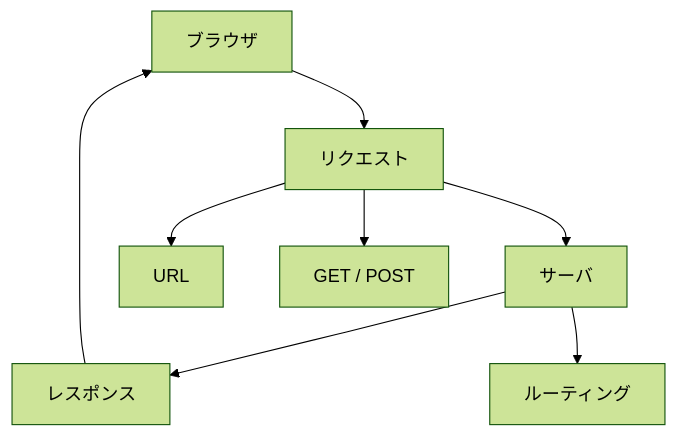
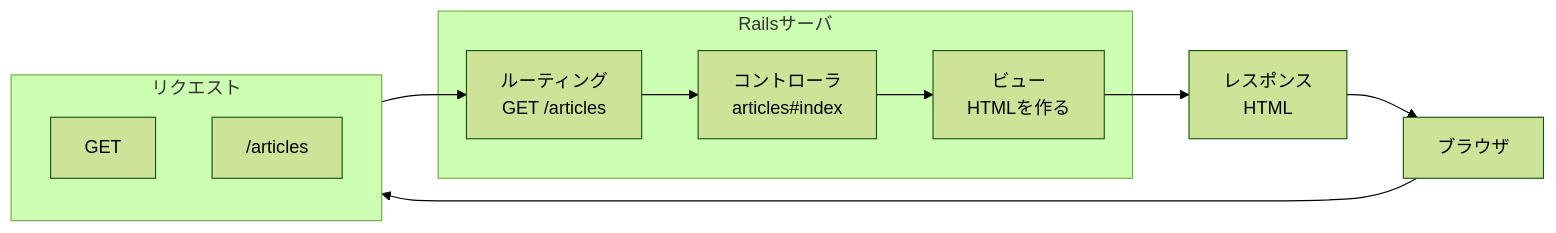
One commit to TORIFUKUKaiou/rails-dojo-year1-content changed the fourth of 4 diagrams in 10/orientation.md. Above: the diagram before and after it, drawn with Mermaid (forest theme).

Commit message:
Update Mermaid diagram in week 10 orientation material

````diff
--- a/10/orientation.md
+++ b/10/orientation.md
@@ -367,19 +367,24 @@
 ```mermaid
-flowchart TD
+flowchart LR
   Browser["ブラウザ"]
-  Request["リクエスト"]
-  Server["サーバ"]
-  Response["レスポンス"]
-  URL["URL"]
-  Method["GET / POST"]
-  Routing["ルーティング"]
+
+  subgraph Request["リクエスト"]
+    Method["GET"]
+    URL["/articles"]
+  end
+
+  subgraph Server["Railsサーバ"]
+    Routing["ルーティング<br>GET /articles"]
+    Controller["コントローラ<br>articles#index"]
+    View["ビュー<br>HTMLを作る"]
+  end
+
+  Response["レスポンス<br>HTML"]
 
   Browser --> Request
-  Request --> Server
-  Server --> Response
+  Request --> Routing
+  Routing --> Controller
+  Controller --> View
+  View --> Response
   Response --> Browser
-
-  Request --> URL
-  Request --> Method
-  Server --> Routing
 ```
````
